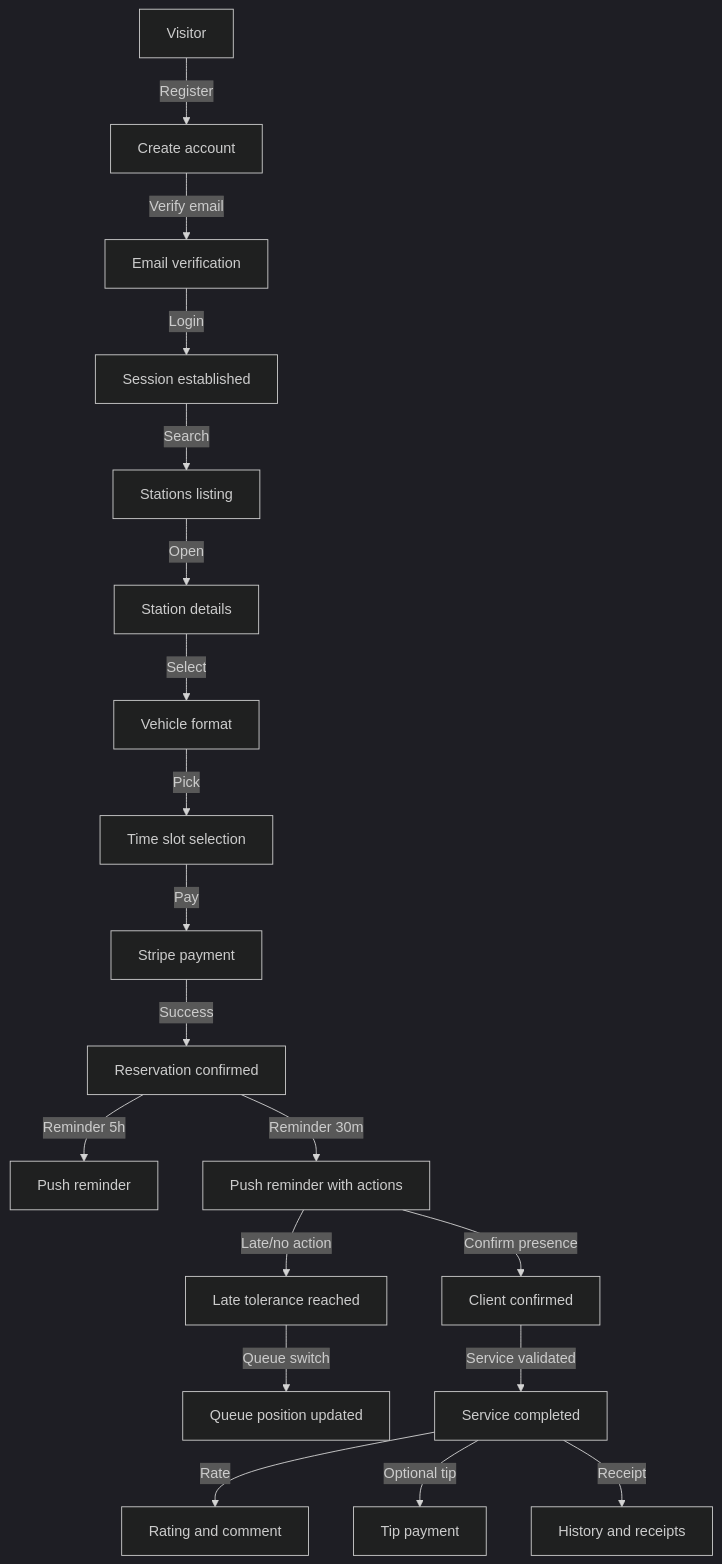
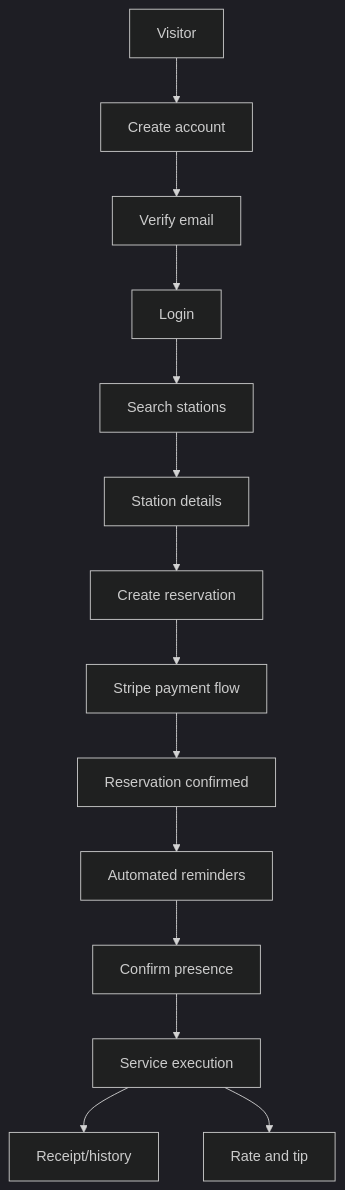
One commit to LAVE-AUTO/lavo changed the diagram in docs/FEATURES.md. Above: the diagram before and after it, drawn with Mermaid (dark theme). The commit also changed other lines of this file and 7 other files, not shown here.

````diff
--- a/docs/FEATURES.md
+++ b/docs/FEATURES.md
@@ -23,24 +22,18 @@
 ```mermaid
 flowchart TD
-    Visitor[Visitor] -->|Register| AuthRegister[Create account]
-    AuthRegister -->|Verify email| AuthVerify[Email verification]
-    AuthVerify -->|Login| AuthLogin[Session established]
+    Visitor[Visitor] --> Register[Create account]
+    Register --> Verify[Verify email]
+    Verify --> Login[Login]
 
-    AuthLogin -->|Search| StationList[Stations listing]
-    StationList -->|Open| StationDetail[Station details]
-    StationDetail -->|Select| VehicleFormat[Vehicle format]
-    VehicleFormat -->|Pick| SlotSelect[Time slot selection]
-    SlotSelect -->|Pay| StripeCheckout[Stripe payment]
-    StripeCheckout -->|Success| BookingConfirmed[Reservation confirmed]
+    Login --> Discover[Search stations]
+    Discover --> StationDetail[Station details]
+    StationDetail --> Book[Create reservation]
+    Book --> Pay[Stripe payment flow]
+    Pay --> Confirmed[Reservation confirmed]
 
-    BookingConfirmed -->|Reminder 5h| Reminder5h[Push reminder]
-    BookingConfirmed -->|Reminder 30m| Reminder30m[Push reminder with actions]
-    Reminder30m -->|Confirm presence| Presence[Client confirmed]
-    Reminder30m -->|Late/no action| LateFlow[Late tolerance reached]
-    LateFlow -->|Queue switch| Queue[Queue position updated]
-
-    Presence -->|Service validated| Completed[Service completed]
-    Completed -->|Rate| Rating[Rating and comment]
-    Completed -->|Optional tip| Tip[Tip payment]
-    Completed -->|Receipt| History[History and receipts]
+    Confirmed --> Reminders[Automated reminders]
+    Reminders --> Presence[Confirm presence]
+    Presence --> Service[Service execution]
+    Service --> History[Receipt/history]
+    Service --> RateTip[Rate and tip]
 ```
````
